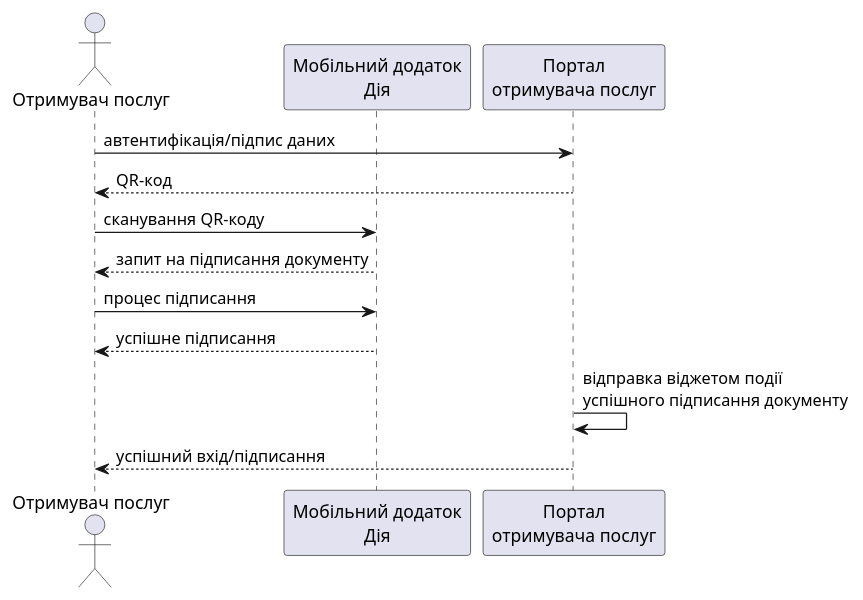
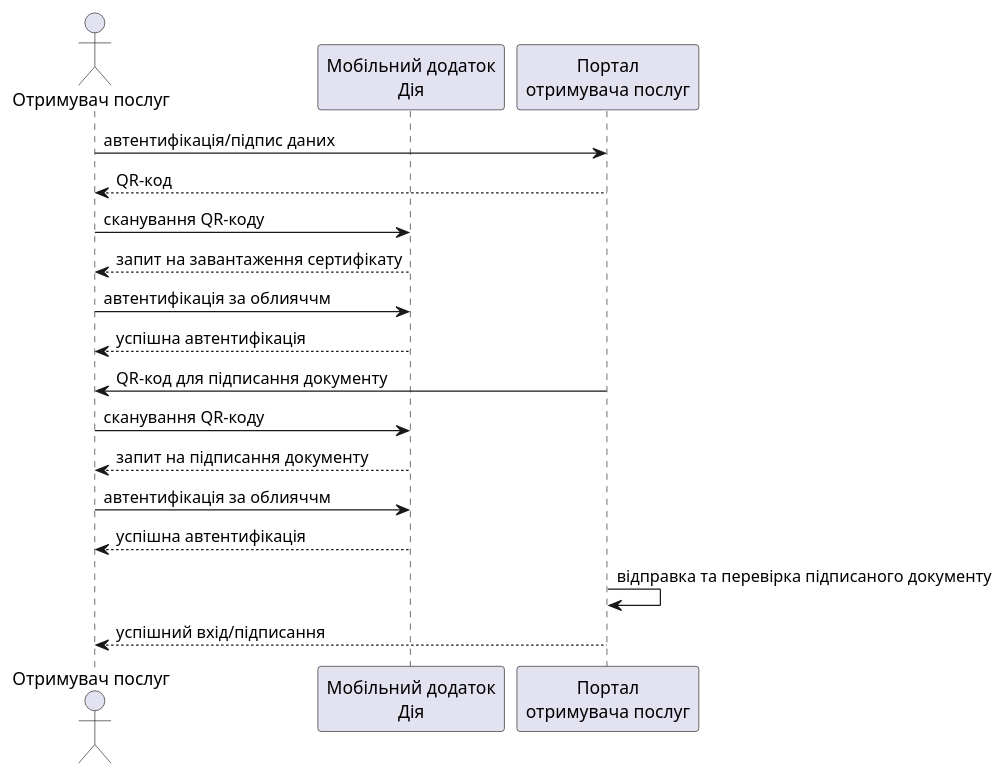
One commit to epam/edp-ddm-architecture changed the diagram in modules/arch/pages/architecture-workspace/platform-evolution/diia-sign.adoc. Above: the diagram before and after it, drawn with PlantUML. The commit also changed other lines of this file and 10 other files, not shown here.

```diff
--- a/modules/arch/pages/architecture-workspace/platform-evolution/diia-sign.adoc
+++ b/modules/arch/pages/architecture-workspace/platform-evolution/diia-sign.adoc
@@ -103,18 +117,23 @@
 [plantuml]
 ----
 actor "Отримувач послуг" as citizen
 participant "Мобільний додаток\nДія" as diia
 participant "Портал\nотримувача послуг" as portal
 
 citizen -> portal: автентифікація/підпис даних
 return QR-код
 
 citizen -> diia:  сканування QR-коду
+return запит на завантаження сертифікату
+citizen -> diia: автентифікація за облияччм
+return успішна автентифікація
+portal -> citizen: QR-код для підписання документу
+citizen -> diia:  сканування QR-коду
 return запит на підписання документу
-citizen -> diia: процес підписання
-return успішне підписання
+citizen -> diia: автентифікація за облияччм
+return успішна автентифікація
 
-portal -> portal: відправка віджетом події\nуспішного підписання документу
+portal -> portal: відправка та перевірка підписаного документу
 
 portal --> citizen: успішний вхід/підписання
 ----
```
